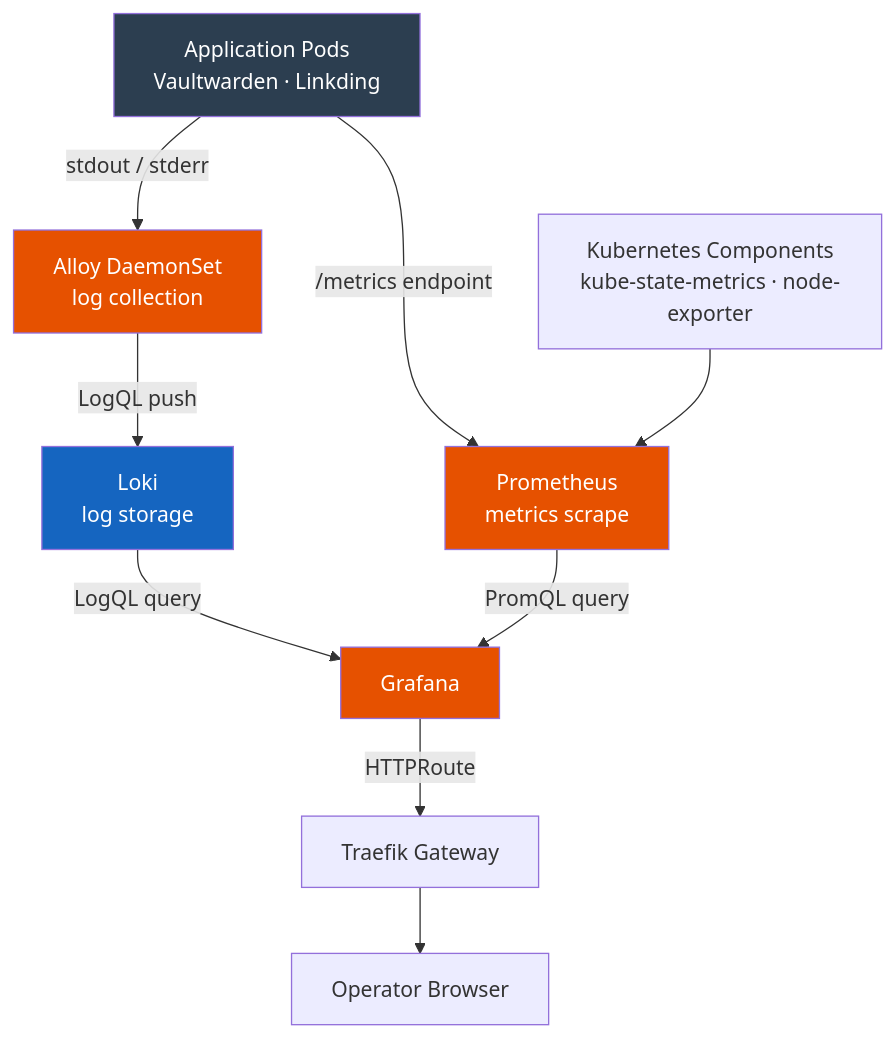
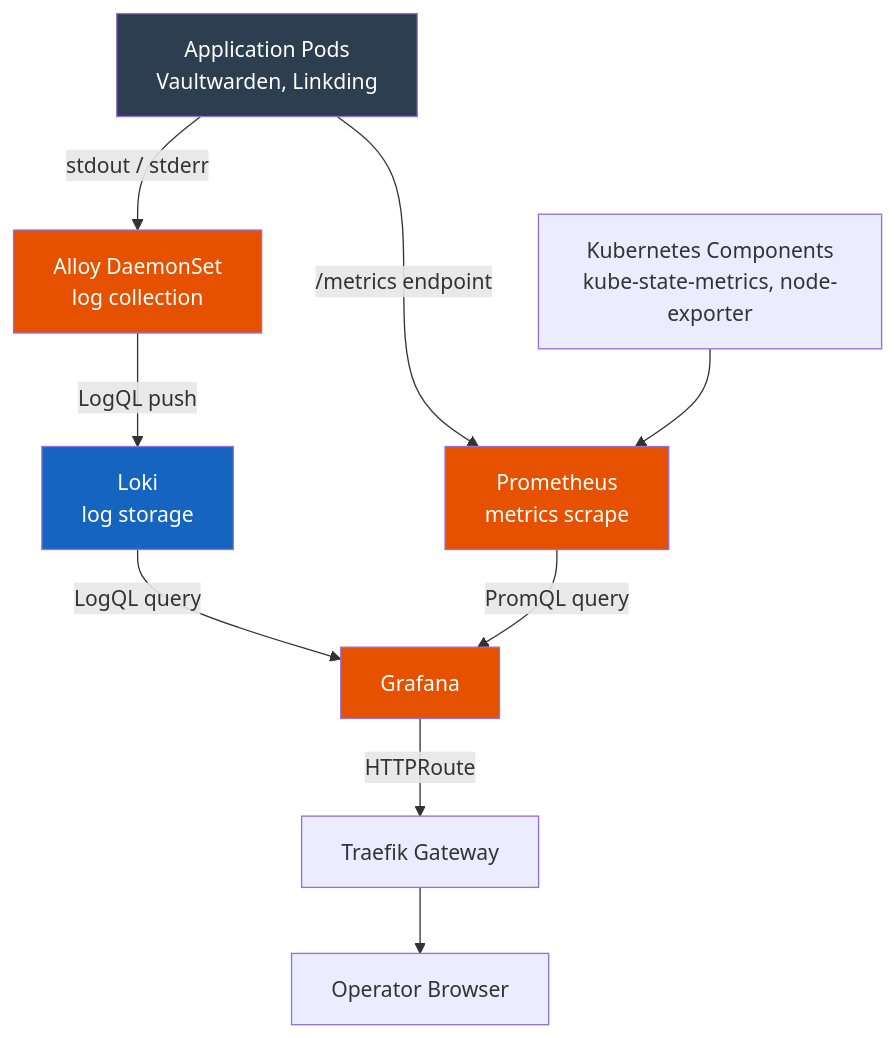
The fourth of 5 diagrams in README.md (Aishwaryaa12/k3s-flux), drawn with Mermaid before and after one commit. The commit also changed other lines of this file, not shown here.

````diff
--- a/README.md
+++ b/README.md
@@ -334,19 +325,19 @@
 ```mermaid
 graph TD
-    PODS[Application Pods<br/>Vaultwarden · Linkding] -->|stdout / stderr| ALLOY[Alloy DaemonSet<br/>log collection]
+    PODS[Application Pods<br/>Vaultwarden, Linkding] -->|stdout / stderr| ALLOY[Alloy DaemonSet<br/>log collection]
     ALLOY -->|LogQL push| LOKI[Loki<br/>log storage]
     LOKI -->|LogQL query| GRAF[Grafana]
 
     PODS -->|/metrics endpoint| PROM[Prometheus<br/>metrics scrape]
-    K8S[Kubernetes Components<br/>kube-state-metrics · node-exporter] --> PROM
+    K8S[Kubernetes Components<br/>kube-state-metrics, node-exporter] --> PROM
     PROM -->|PromQL query| GRAF
 
     GRAF -->|HTTPRoute| GW[Traefik Gateway]
     GW --> BROWSER[Operator Browser]
 
     style PODS fill:#2c3e50,color:#fff
     style ALLOY fill:#e65100,color:#fff
     style LOKI fill:#1565c0,color:#fff
     style PROM fill:#e65100,color:#fff
     style GRAF fill:#e65100,color:#fff
 ```
````
